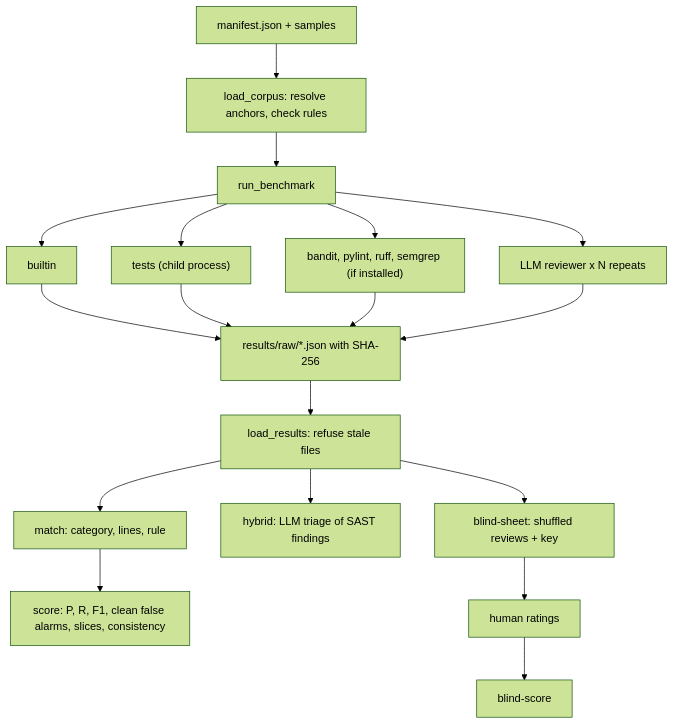
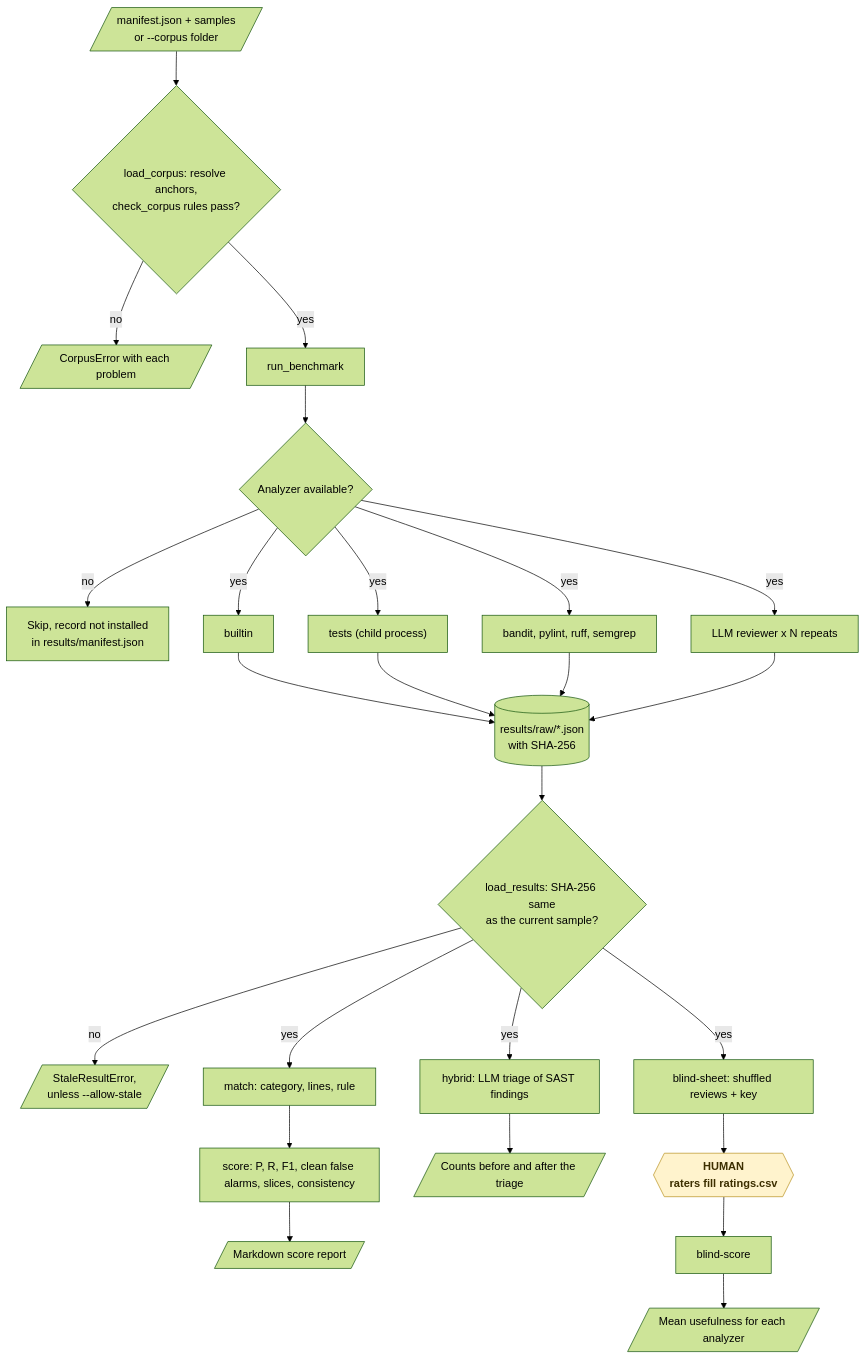
Before and after one commit to KrishnaAnnavaram/sast-vs-llm: the fifth of 19 diagrams in README.md, drawn with Mermaid (forest theme). The commit also changed other lines of this file, not shown here.

Commit message:
Add the workflow diagrams to the README

````diff
--- a/README.md
+++ b/README.md
@@ -223,19 +288,30 @@
 ```mermaid
-flowchart TB
-    MAN["manifest.json + samples"] --> LOAD["load_corpus: resolve anchors, check rules"]
-    LOAD --> RUN["run_benchmark"]
-    RUN --> B["builtin"]
-    RUN --> T["tests (child process)"]
-    RUN --> X["bandit, pylint, ruff, semgrep (if installed)"]
-    RUN --> L["LLM reviewer x N repeats"]
-    B --> RAW["results/raw/*.json with SHA-256"]
+flowchart TD
+    MAN[/"manifest.json + samples<br/>or --corpus folder"/] --> LOAD{"load_corpus: resolve anchors,<br/>check_corpus rules pass?"}
+    LOAD -- "no" --> CE[/"CorpusError with each problem"/]
+    LOAD -- "yes" --> RUN["run_benchmark"]
+    RUN --> AV{"Analyzer available?"}
+    AV -- "no" --> SKIP["Skip, record not installed<br/>in results/manifest.json"]
+    AV -- "yes" --> B["builtin"]
+    AV -- "yes" --> T["tests (child process)"]
+    AV -- "yes" --> X["bandit, pylint, ruff, semgrep"]
+    AV -- "yes" --> L["LLM reviewer x N repeats"]
+    B --> RAW[("results/raw/*.json<br/>with SHA-256")]
     T --> RAW
     X --> RAW
     L --> RAW
-    RAW --> LR["load_results: refuse stale files"]
-    LR --> M["match: category, lines, rule"]
+    RAW --> LR{"load_results: SHA-256 same<br/>as the current sample?"}
+    LR -- "no" --> STALE[/"StaleResultError,<br/>unless --allow-stale"/]
+    LR -- "yes" --> M["match: category, lines, rule"]
     M --> S["score: P, R, F1, clean false alarms, slices, consistency"]
-    LR --> H["hybrid: LLM triage of SAST findings"]
-    LR --> BL["blind-sheet: shuffled reviews + key"]
-    BL --> RATE["human ratings"] --> BS["blind-score"]
+    S --> REP[/"Markdown score report"/]
+    LR -- "yes" --> H["hybrid: LLM triage of SAST findings"]
+    H --> HREP[/"Counts before and after the triage"/]
+    LR -- "yes" --> BL["blind-sheet: shuffled reviews + key"]
+    BL --> HUMAN{{"HUMAN<br/>raters fill ratings.csv"}}
+    HUMAN --> BS["blind-score"]
+    BS --> BREP[/"Mean usefulness for each analyzer"/]
+
+    classDef human fill:#fff3cd,stroke:#b8901f,color:#3d2f00,font-weight:bold
+    class HUMAN human
 ```
````
